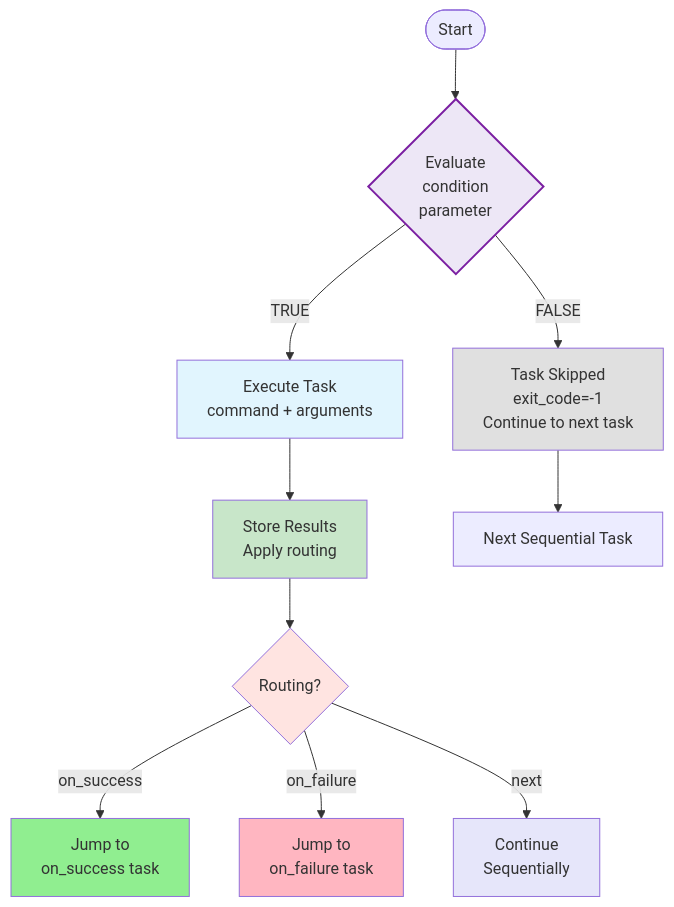
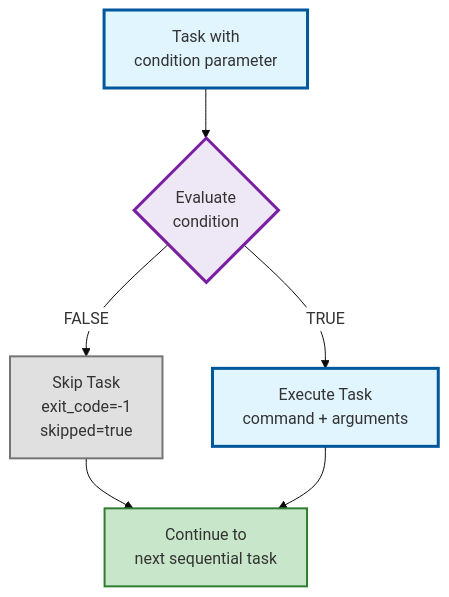
Before and after one commit to bastelbude1/Tasker: the eighth of 22 diagrams in TaskER_FlowChart.md, drawn with Mermaid. The commit also changed other lines of this file, not shown here.

First line of the commit message:
docs: Simplify Task-Level Conditional Execution diagram in flowchart

````diff
--- a/TaskER_FlowChart.md
+++ b/TaskER_FlowChart.md
@@ -409,26 +409,15 @@
 ```mermaid
-graph TB
-    %% Task with condition parameter
-    Start([Start]) --> C{Evaluate<br/>condition<br/>parameter}
+%%{init: {'theme':'base', 'themeVariables': {'primaryColor':'#ffffff'}}}%%
+flowchart TD
+    A[Task with<br/>condition parameter] --> B{Evaluate<br/>condition}
+    B -->|FALSE| C[Skip Task<br/>exit_code=-1<br/>skipped=true]
+    B -->|TRUE| D[Execute Task<br/>command + arguments]
+    C --> E[Continue to<br/>next sequential task]
+    D --> E
 
-    %% Conditional skip paths
-    C -->|FALSE| Skip[Task Skipped<br/>exit_code=-1<br/>Continue to next task]
-    C -->|TRUE| Exec[Execute Task<br/>command + arguments]
-
-    Exec --> Success[Store Results<br/>Apply routing]
-    Skip --> Next[Next Sequential Task]
-    Success --> Routing{Routing?}
-    Routing -->|on_success| OS[Jump to<br/>on_success task]
-    Routing -->|on_failure| OF[Jump to<br/>on_failure task]
-    Routing -->|next| Seq[Continue<br/>Sequentially]
-
-    %% Style
-    style C fill:#ede7f6,stroke:#7b1fa2,stroke-width:2px
-    style Skip fill:#E0E0E0
-    style Exec fill:#E1F5FE
-    style Success fill:#C8E6C9
-    style Routing fill:#FFE4E1
-    style OS fill:#90EE90
-    style OF fill:#FFB6C1
-    style Seq fill:#E6E6FA
+    style A fill:#e1f5fe,stroke:#01579b,stroke-width:3px
+    style B fill:#ede7f6,stroke:#7b1fa2,stroke-width:3px
+    style C fill:#E0E0E0,stroke:#757575,stroke-width:2px
+    style D fill:#e1f5fe,stroke:#01579b,stroke-width:3px
+    style E fill:#c8e6c9,stroke:#2e7d32,stroke-width:2px
 ```
````
